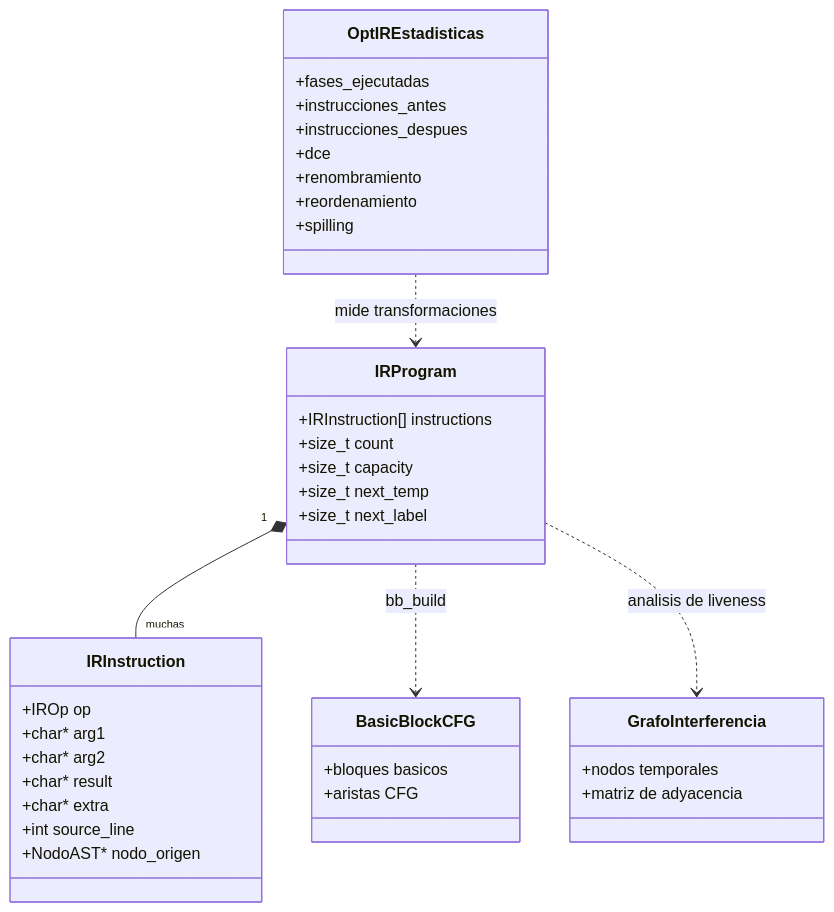
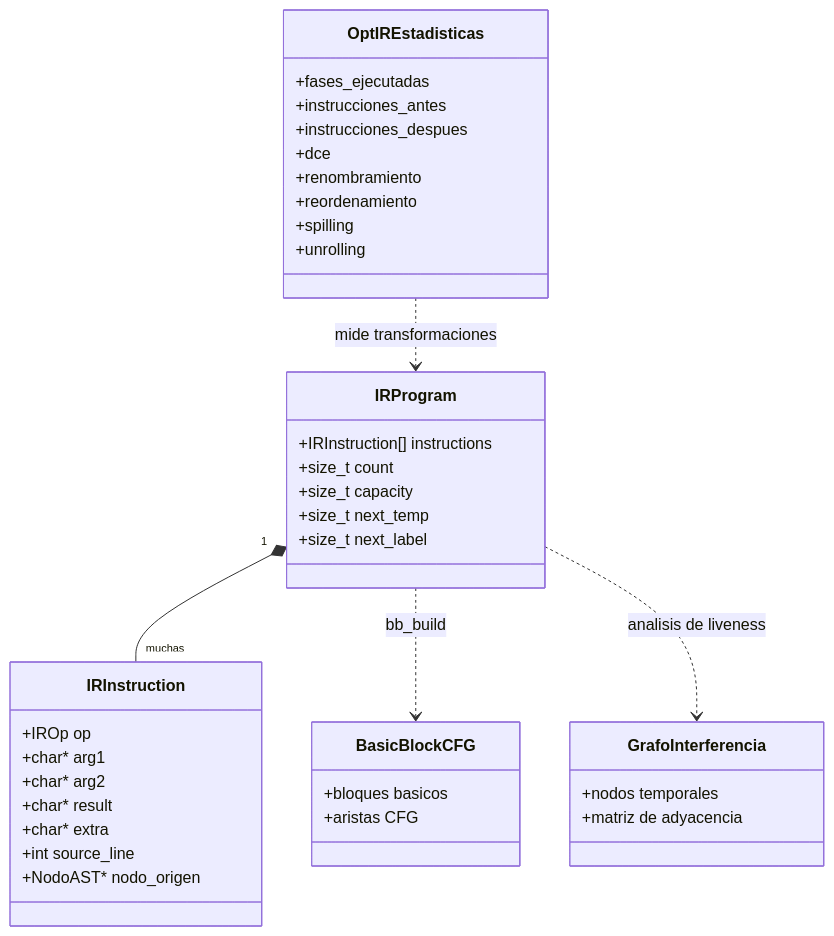
One commit to FabiMC040105/CompiladoresIIS2026 changed the second of 4 diagrams in proyecto-1/docs/proyecto-2/02_DISENO_DIAGRAMAS.md. Above: the diagram before and after it, drawn with Mermaid. The commit also changed other lines of this file and 8 other files, not shown here.

````diff
--- a/proyecto-1/docs/proyecto-2/02_DISENO_DIAGRAMAS.md
+++ b/proyecto-1/docs/proyecto-2/02_DISENO_DIAGRAMAS.md
@@ -51,40 +57,41 @@
 ```mermaid
 classDiagram
     class IRProgram {
       +IRInstruction[] instructions
       +size_t count
       +size_t capacity
       +size_t next_temp
       +size_t next_label
     }
     class IRInstruction {
       +IROp op
       +char* arg1
       +char* arg2
       +char* result
       +char* extra
       +int source_line
       +NodoAST* nodo_origen
     }
     class BasicBlockCFG {
       +bloques basicos
       +aristas CFG
     }
     class OptIREstadisticas {
       +fases_ejecutadas
       +instrucciones_antes
       +instrucciones_despues
       +dce
       +renombramiento
       +reordenamiento
       +spilling
+      +unrolling
     }
     class GrafoInterferencia {
       +nodos temporales
       +matriz de adyacencia
     }
     IRProgram "1" *-- "muchas" IRInstruction
     IRProgram ..> BasicBlockCFG : bb_build
     IRProgram ..> GrafoInterferencia : analisis de liveness
     OptIREstadisticas ..> IRProgram : mide transformaciones
 ```
````
